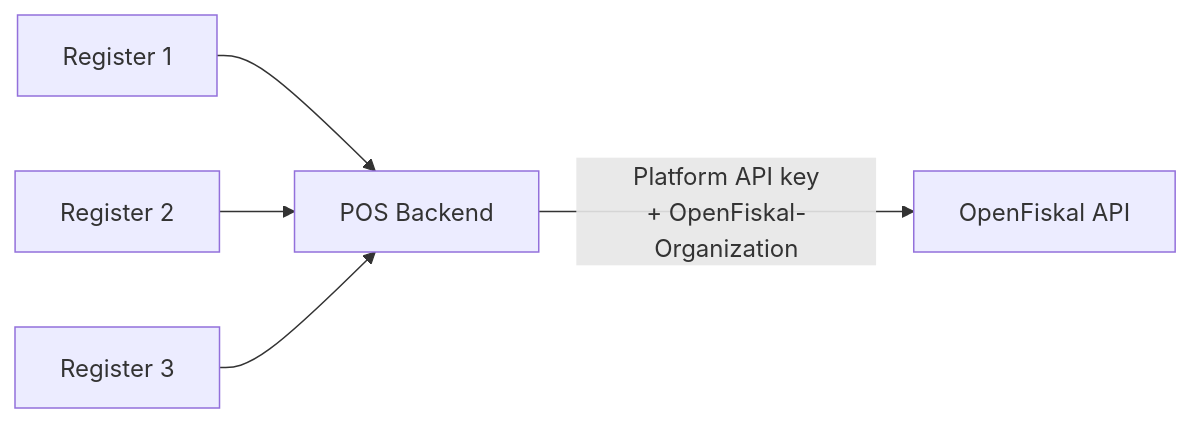
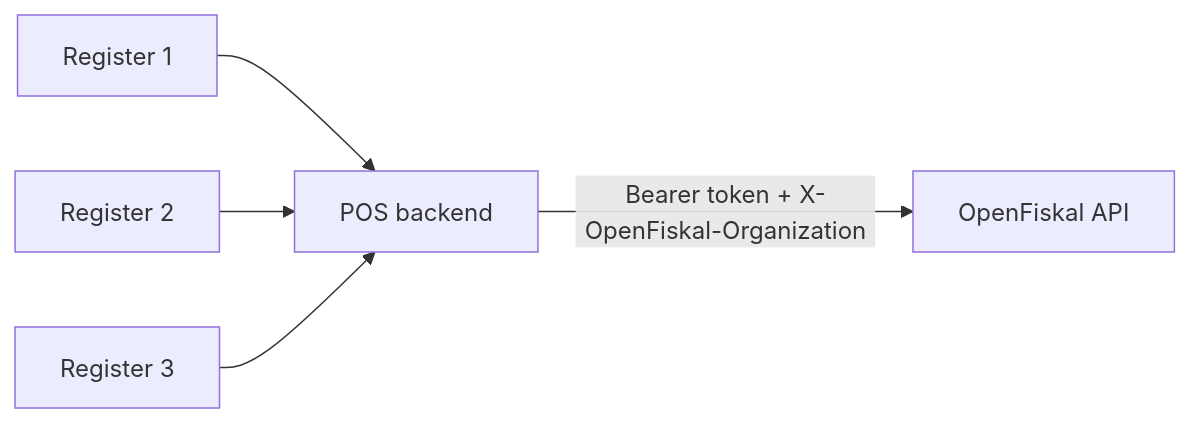
Before and after one commit to F-C-Corp/docs: the diagram in integration-topologies.mdx, drawn with Mermaid. The commit also changed other lines of this file and 11 other files, not shown here.

````diff
--- a/integration-topologies.mdx
+++ b/integration-topologies.mdx
@@ -23,7 +12,7 @@
 ```mermaid
 flowchart LR
-    R1[Register 1] --> B[POS Backend]
-    R2[Register 2] --> B
-    R3[Register 3] --> B
-    B -- "Platform API key\n+ OpenFiskal-Organization" --> O[OpenFiskal API]
+    R1["Register 1"] --> B["POS backend"]
+    R2["Register 2"] --> B
+    R3["Register 3"] --> B
+    B -- "Bearer token + X-OpenFiskal-Organization" --> O["OpenFiskal API"]
 ```
````
